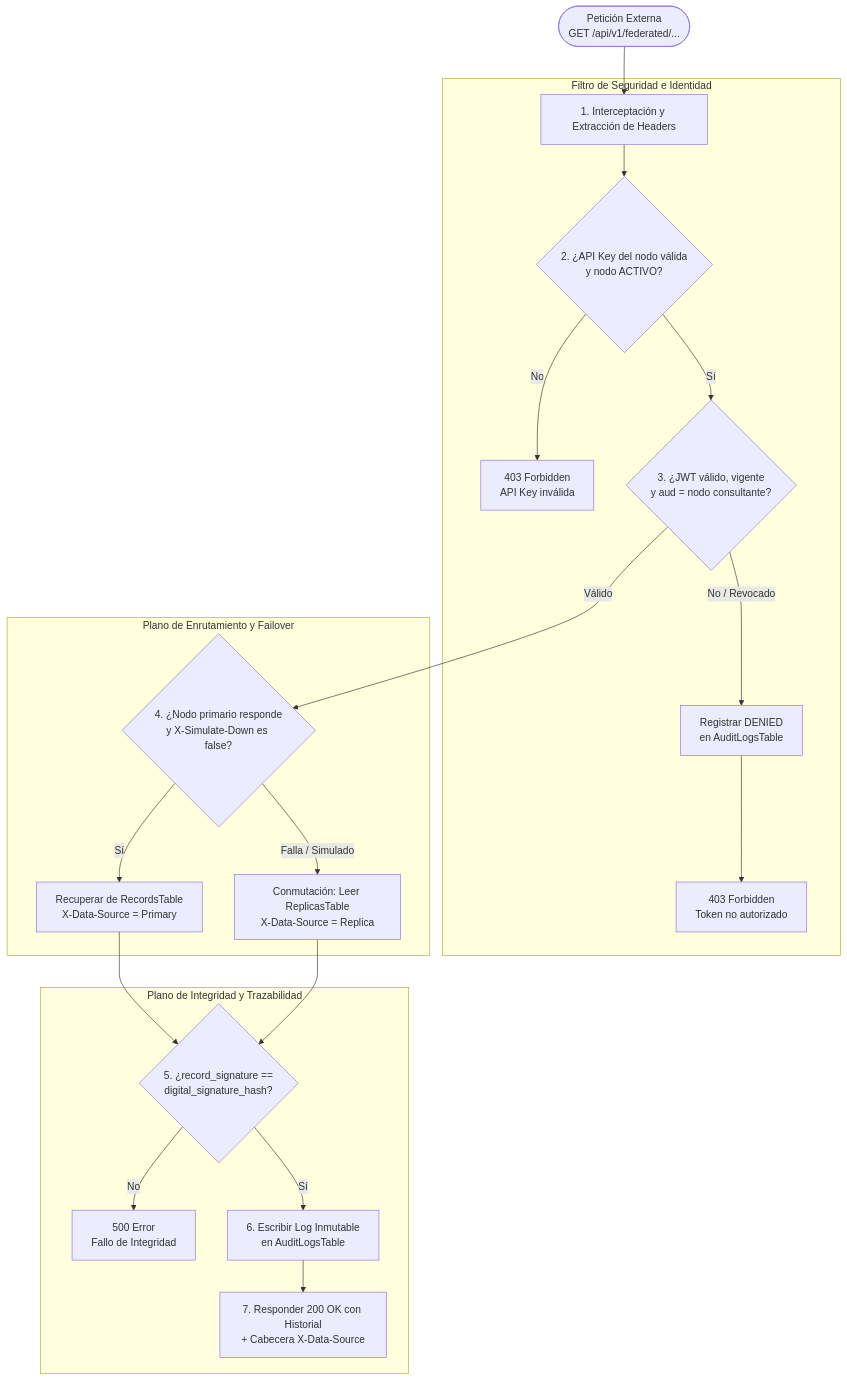
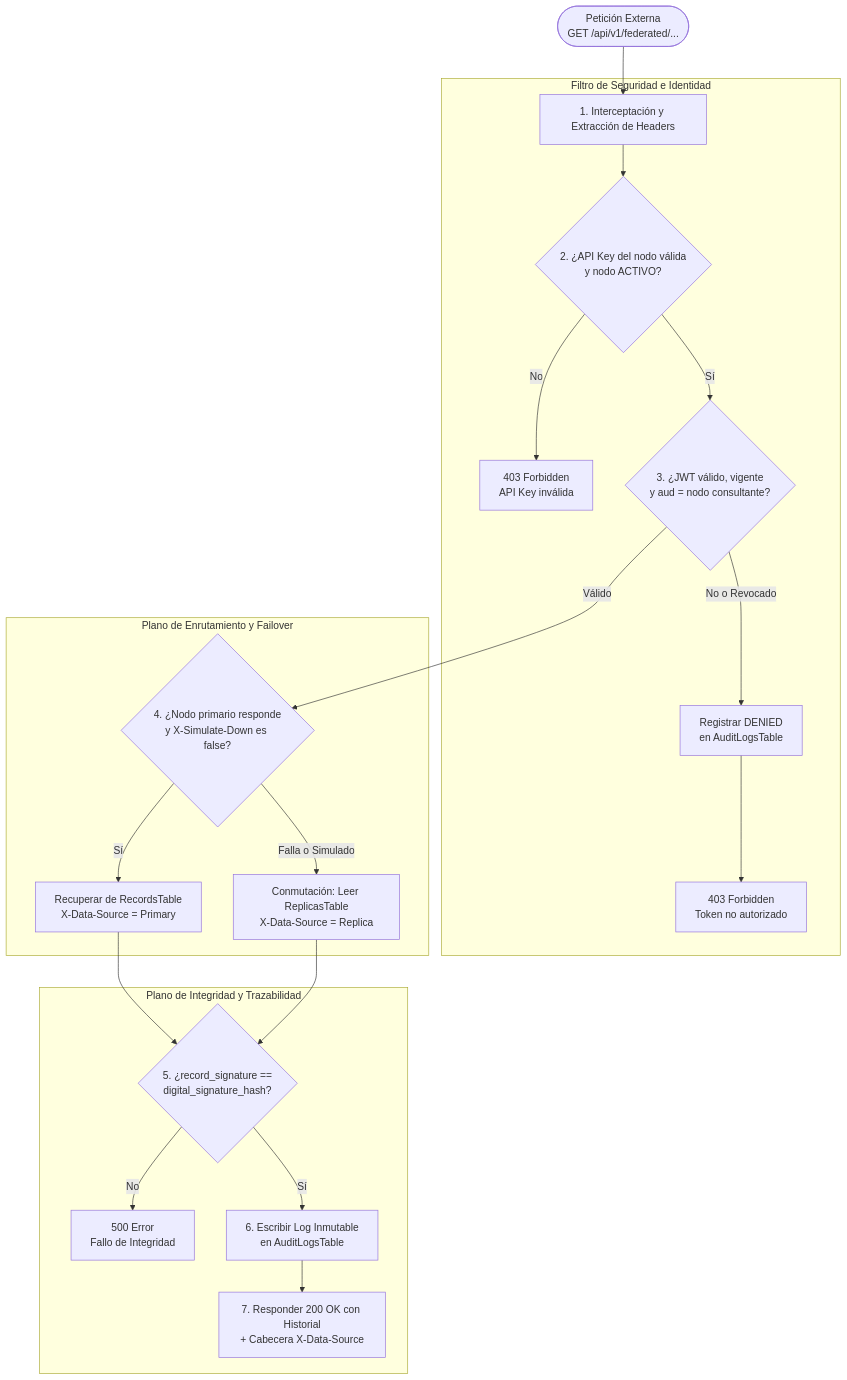
Diagram 11 of 19 in README.md (BrayanBMC/RFHA-IES_SD_TGS), drawn with Mermaid before and after one commit. The commit also changed other lines of this file, not shown here.

Commit message:
docs(readme): fix mermaid syntax in architecture and sequence diagrams for github rendering

````diff
--- a/README.md
+++ b/README.md
@@ -1050,25 +1063,25 @@
 ```mermaid
 flowchart TD
-    Req([Petición Externa\nGET /api/v1/federated/...]) --> Intercept[1. Interceptación y Extracción de Headers]
+    Req(["Petición Externa<br>GET /api/v1/federated/..."]) --> Intercept["1. Interceptación y Extracción de Headers"]
     
     subgraph SecurityFilter["Filtro de Seguridad e Identidad"]
-        Intercept --> CheckNode{2. ¿API Key del nodo válida\ny nodo ACTIVO?}
-        CheckNode -->|No| Reject403[403 Forbidden\nAPI Key inválida]
-        CheckNode -->|Sí| CheckToken{3. ¿JWT válido, vigente\ny aud = nodo consultante?}
-        CheckToken -->|No / Revocado| LogDeny[Registrar DENIED\nen AuditLogsTable] --> RejectToken403[403 Forbidden\nToken no autorizado]
+        Intercept --> CheckNode{"2. ¿API Key del nodo válida<br>y nodo ACTIVO?"}
+        CheckNode -->|No| Reject403["403 Forbidden<br>API Key inválida"]
+        CheckNode -->|Sí| CheckToken{"3. ¿JWT válido, vigente<br>y aud = nodo consultante?"}
+        CheckToken -->|"No o Revocado"| LogDeny["Registrar DENIED<br>en AuditLogsTable"] --> RejectToken403["403 Forbidden<br>Token no autorizado"]
     end
 
     subgraph DataRouting["Plano de Enrutamiento y Failover"]
-        CheckToken -->|Válido| CheckPrimary{4. ¿Nodo primario responde\ny X-Simulate-Down es false?}
-        CheckPrimary -->|Sí| FetchPrimary[Recuperar de RecordsTable\nX-Data-Source = Primary]
-        CheckPrimary -->|Falla / Simulado| FetchReplica[Conmutación: Leer ReplicasTable\nX-Data-Source = Replica]
+        CheckToken -->|Válido| CheckPrimary{"4. ¿Nodo primario responde<br>y X-Simulate-Down es false?"}
+        CheckPrimary -->|Sí| FetchPrimary["Recuperar de RecordsTable<br>X-Data-Source = Primary"]
+        CheckPrimary -->|"Falla o Simulado"| FetchReplica["Conmutación: Leer ReplicasTable<br>X-Data-Source = Replica"]
     end
 
     subgraph IntegrityAndAudit["Plano de Integridad y Trazabilidad"]
-        FetchPrimary --> VerifyHash{5. ¿record_signature ==\ndigital_signature_hash?}
+        FetchPrimary --> VerifyHash{"5. ¿record_signature ==<br>digital_signature_hash?"}
         FetchReplica --> VerifyHash
-        VerifyHash -->|No| ErrIntegrity[500 Error\nFallo de Integridad]
-        VerifyHash -->|Sí| WriteAudit[6. Escribir Log Inmutable\nen AuditLogsTable]
-        WriteAudit --> SendResponse[7. Responder 200 OK con Historial\n+ Cabecera X-Data-Source]
+        VerifyHash -->|No| ErrIntegrity["500 Error<br>Fallo de Integridad"]
+        VerifyHash -->|Sí| WriteAudit["6. Escribir Log Inmutable<br>en AuditLogsTable"]
+        WriteAudit --> SendResponse["7. Responder 200 OK con Historial<br>+ Cabecera X-Data-Source"]
     end
 ```
````
